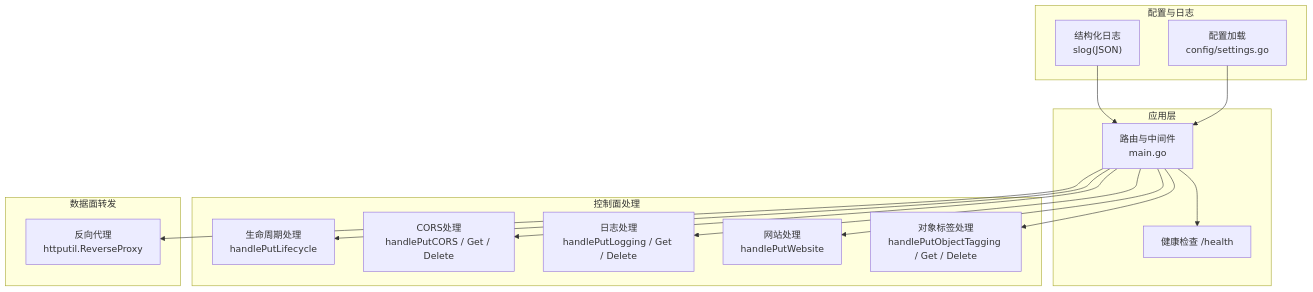
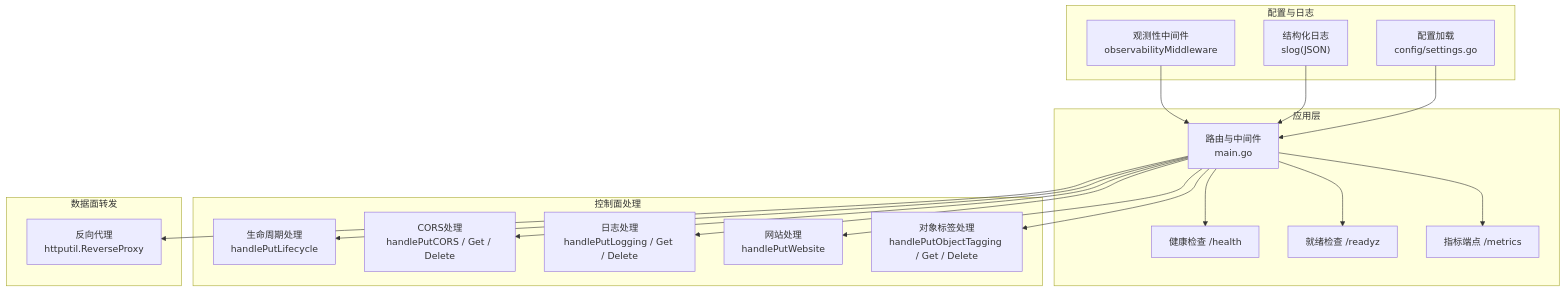
The first of 5 diagrams in .qoder/repowiki/zh/content/部署与运维.md (flying1574/S3Proxy4GCS), drawn with Mermaid before and after one commit. The commit also changed other lines of this file and 5 other files, not shown here.

````diff
--- a/.qoder/repowiki/zh/content/部署与运维.md
+++ b/.qoder/repowiki/zh/content/部署与运维.md
@@ -44,30 +53,36 @@
 ```mermaid
 graph TB
 subgraph "应用层"
 R["路由与中间件<br/>main.go"]
 H["健康检查 /health"]
+RZ["就绪检查 /readyz"]
+M["指标端点 /metrics"]
 end
 subgraph "控制面处理"
 L["生命周期处理<br/>handlePutLifecycle"]
 C["CORS处理<br/>handlePutCORS / Get / Delete"]
 LG["日志处理<br/>handlePutLogging / Get / Delete"]
 W["网站处理<br/>handlePutWebsite"]
 T["对象标签处理<br/>handlePutObjectTagging / Get / Delete"]
 end
 subgraph "数据面转发"
 RP["反向代理<br/>httputil.ReverseProxy"]
 end
 subgraph "配置与日志"
 CFG["配置加载<br/>config/settings.go"]
 LOG["结构化日志<br/>slog(JSON)"]
+OBS["观测性中间件<br/>observabilityMiddleware"]
 end
 R --> H
+R --> RZ
+R --> M
 R --> L
 R --> C
 R --> LG
 R --> W
 R --> T
 R --> RP
 CFG --> R
 LOG --> R
+OBS --> R
 ```
````
